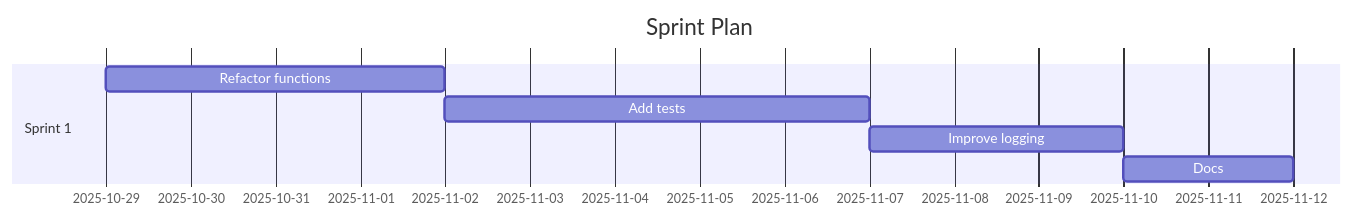
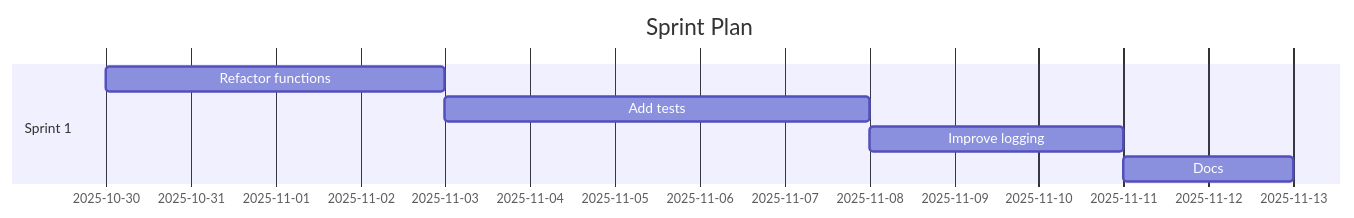
One commit to Anselmoo/mcp-ai-agent-guidelines changed the diagram in demos/demo-code-analysis.sprint.md. Above: the diagram before and after it, drawn with Mermaid. The commit also changed other lines of this file and 41 other files, not shown here.

````diff
--- a/demos/demo-code-analysis.sprint.md
+++ b/demos/demo-code-analysis.sprint.md
@@ -59,11 +59,11 @@
 ```mermaid
 gantt
 	dateFormat  YYYY-MM-DD
 	title Sprint Plan
 %% Accessibility: Title=Project Sprint Plan; Description=Gantt chart of sprints and tasks over time. %%
   section Sprint 1
-  Refactor functions :s1t0, 2025-10-29, 4d
-  Add tests :s1t1, 2025-11-02, 5d
-  Improve logging :s1t2, 2025-11-07, 3d
-  Docs :s1t3, 2025-11-10, 2d
+  Refactor functions :s1t0, 2025-10-30, 4d
+  Add tests :s1t1, 2025-11-03, 5d
+  Improve logging :s1t2, 2025-11-08, 3d
+  Docs :s1t3, 2025-11-11, 2d
 ```
````
